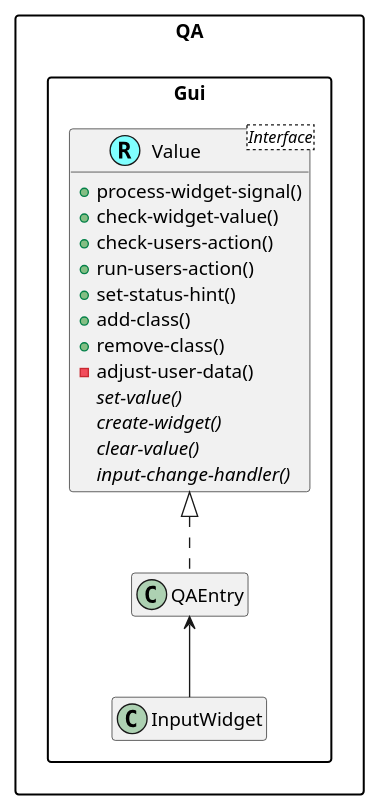
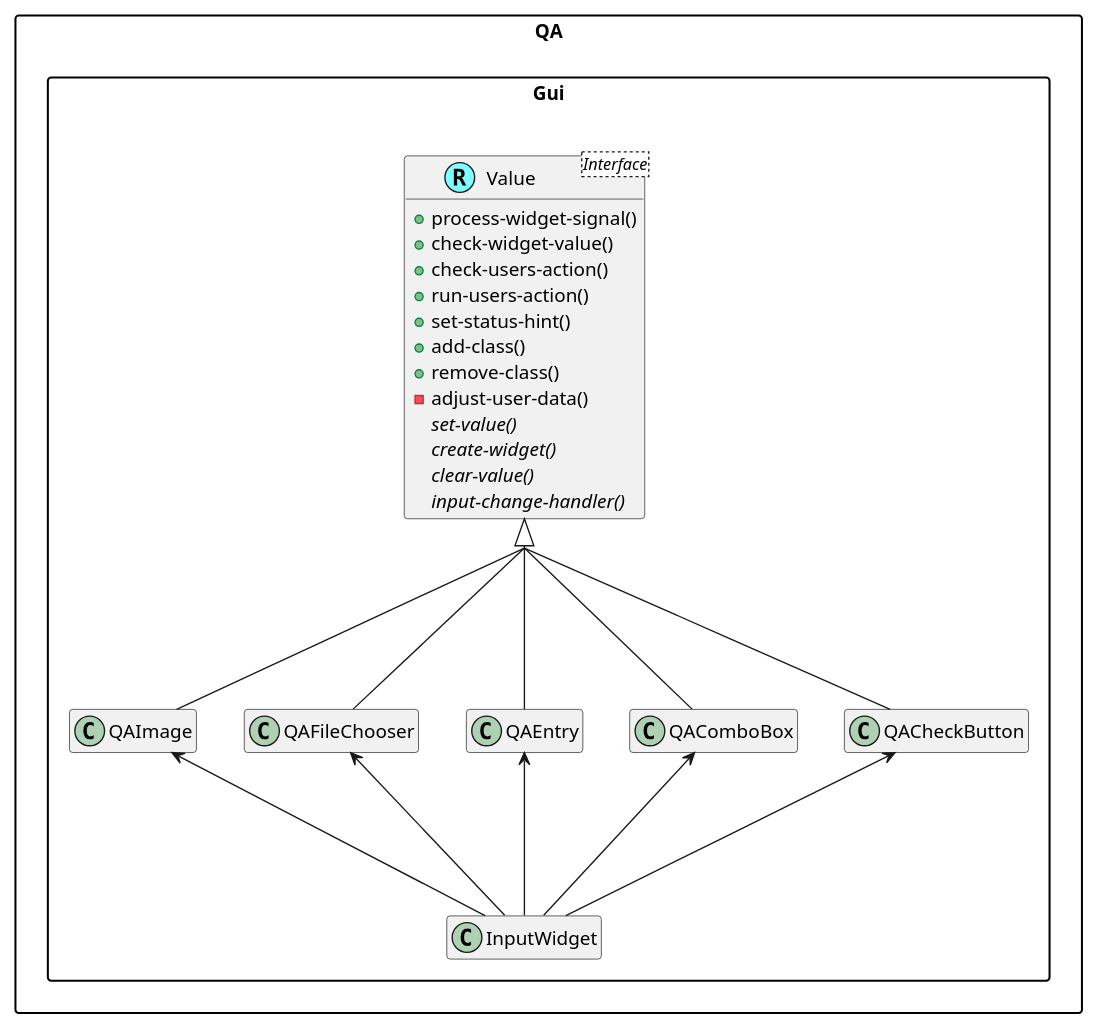
The fifth of 5 diagrams in doc/design.md (MARTIMM/question-answer), drawn with PlantUML before and after one commit. The commit also changed other lines of this file, not shown here.

````diff
--- a/doc/design.md
+++ b/doc/design.md
@@ -328,44 +322,48 @@
 ```plantuml
 scale 0.9
 skinparam packageStyle rectangle
 skinparam stereotypeCBackgroundColor #80ffff
 skinparam groupInheritance 2
 set namespaceSeparator ::
 hide empty members
 
 'Class and interface decorations
-'class
 
 Interface QA::Gui::Value <Interface>
 class QA::Gui::Value <<(R,#80ffff)>> {
   +process-widget-signal()
   +check-widget-value()
   +check-users-action()
   +run-users-action()
   +set-status-hint()
   +add-class()
   +remove-class()
   -adjust-user-data()
   {abstract} set-value()
   {abstract} create-widget()
   {abstract} clear-value()
   {abstract} input-change-handler()
 }
 
 
-'UserApp *-up-> QA::Gui::SheetSimple
-'QA::Gui::Dialog <|-- QA::Gui::SheetSimple
-'Gnome::Gtk3::Dialog <|-- QA::Gui::Dialog
+'Connections
 
-'QA::Gui::SheetSimple *-> "*" QA::Gui::Page
-'QA::Gui::Page *-> "*" QA::Gui::Set
-'QA::Gui::Set *-right-> "*" QA::Gui::Question
-'QA::Gui::Question *-right-> "*" QA::Gui::InputWidget
-
-QA::Gui::InputWidget -up-> QA::Gui::QAEntry
-QA::Gui::Value <|.. QA::Gui::QAEntry
-
-'QA::Gui:: <-- QA::Gui::InputWidget
-'QA::Gui:: <-- QA::Gui::InputWidget
-'QA::Gui:: <-- QA::Gui::InputWidget
+QA::Gui::InputWidget -up--> QA::Gui::QACheckButton
+QA::Gui::InputWidget -up--> QA::Gui::QAComboBox
+QA::Gui::InputWidget -up--> QA::Gui::QAEntry
+QA::Gui::InputWidget -up--> QA::Gui::QAFileChooser
+QA::Gui::InputWidget -up--> QA::Gui::QAImage
+'QA::Gui::InputWidget -up--> QA::Gui::QARadioButton
+'QA::Gui::InputWidget -up--> QA::Gui::QASpinButton
+'QA::Gui::InputWidget -up--> QA::Gui::QASwitch
+'QA::Gui::InputWidget -up--> QA::Gui::QATextView
+QA::Gui::Value <|... QA::Gui::QACheckButton
+QA::Gui::Value <|... QA::Gui::QAComboBox
+QA::Gui::Value <|... QA::Gui::QAEntry
+QA::Gui::Value <|... QA::Gui::QAFileChooser
+QA::Gui::Value <|... QA::Gui::QAImage
+'QA::Gui::Value <|... QA::Gui::QARadioButton
+'QA::Gui::Value <|... QA::Gui::QASpinButton
+'QA::Gui::Value <|... QA::Gui::QASwitch
+'QA::Gui::Value <|... QA::Gui::QATextView
 ```
````
